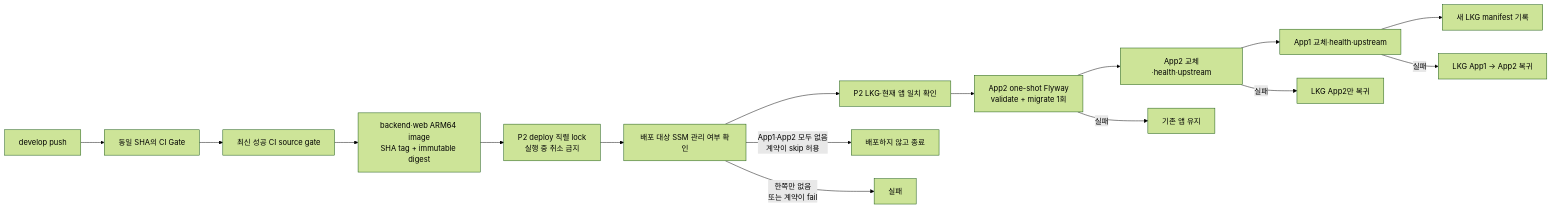
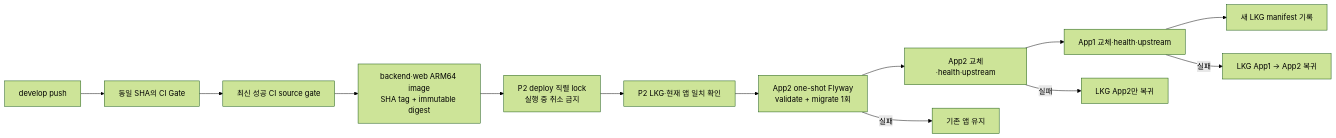
Before and after one commit to bamsongi-club/albam-mate: the diagram in docs/guides/CD_DEPLOYMENT.md, drawn with Mermaid (forest theme). The commit also changed other lines of this file and 2 other files, not shown here.

````diff
--- a/docs/guides/CD_DEPLOYMENT.md
+++ b/docs/guides/CD_DEPLOYMENT.md
@@ -16,18 +14,15 @@
 ```mermaid
 flowchart LR
     PUSH["develop push"] --> CI["동일 SHA의 CI Gate"]
     CI --> SOURCE["최신 성공 CI source gate"]
     SOURCE --> BUILD["backend·web ARM64 image\nSHA tag + immutable digest"]
     BUILD --> LOCK["P2 deploy 직렬 lock\n실행 중 취소 금지"]
-    LOCK --> TARGET["배포 대상 SSM 관리 여부 확인"]
-    TARGET --> PRECHECK["P2 LKG·현재 앱 일치 확인"]
-    TARGET -->|"App1·App2 모두 없음\n계약이 skip 허용"| SKIP["배포하지 않고 종료"]
-    TARGET -->|"한쪽만 없음\n또는 계약이 fail"| STOP["실패"]
+    LOCK --> PRECHECK["P2 LKG·현재 앱 일치 확인"]
     PRECHECK --> MIGRATE["App2 one-shot Flyway\nvalidate + migrate 1회"]
     MIGRATE --> APP2["App2 교체·health·upstream"]
     APP2 --> APP1["App1 교체·health·upstream"]
     APP1 --> LKG["새 LKG manifest 기록"]
     MIGRATE -->|"실패"| KEEP["기존 앱 유지"]
     APP2 -->|"실패"| ROLLBACK["LKG App2만 복귀"]
     APP1 -->|"실패"| ROLLBACKALL["LKG App1 → App2 복귀"]
 ```
````
